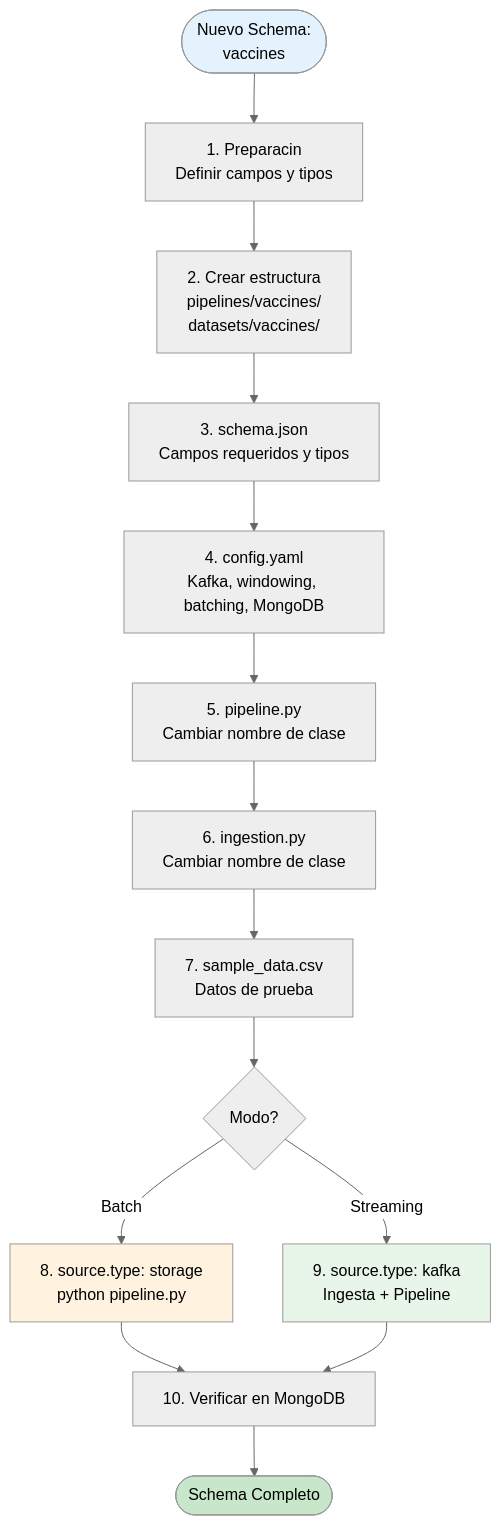
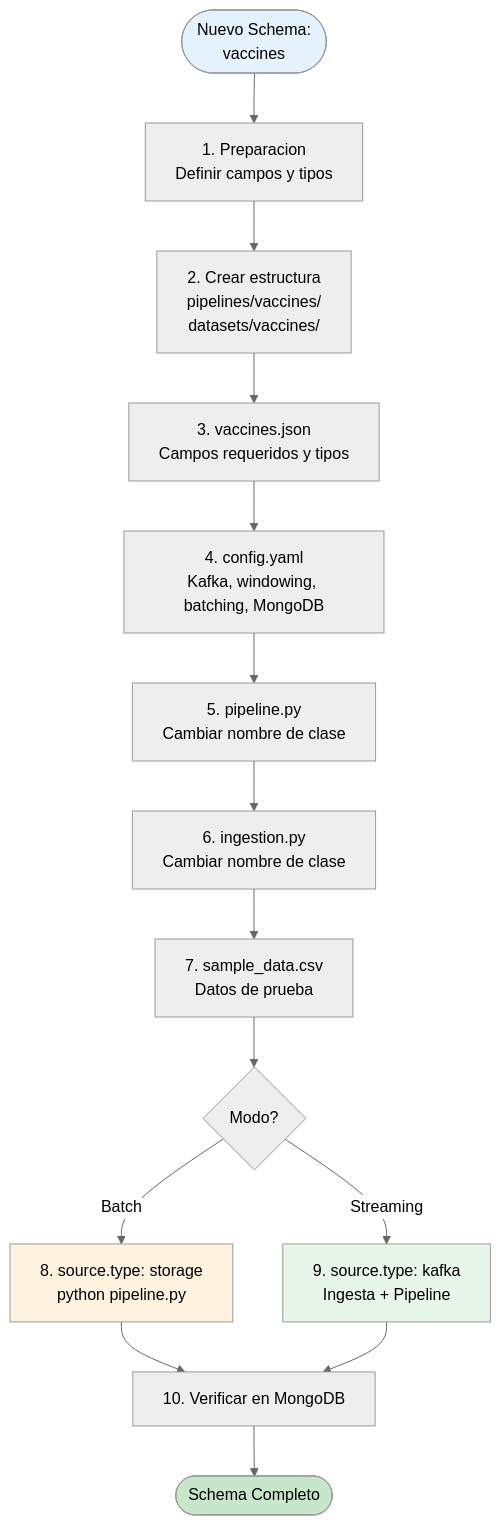
One commit to arthur8davis/tfm-dataflow-architecture changed the first of 4 diagrams in GUIA_NUEVO_SCHEMA.md. Above: the diagram before and after it, drawn with Mermaid (neutral theme). The commit also changed other lines of this file and 9 other files, not shown here.

````diff
--- a/GUIA_NUEVO_SCHEMA.md
+++ b/GUIA_NUEVO_SCHEMA.md
@@ -24,21 +24,21 @@
 ```mermaid
 flowchart TD
-    Start(["Nuevo Schema:\nvaccines"]) --> Step1["1. Preparacin\nDefinir campos y tipos"]
+    Start(["Nuevo Schema:\nvaccines"]) --> Step1["1. Preparacion\nDefinir campos y tipos"]
     Step1 --> Step2["2. Crear estructura\npipelines/vaccines/\ndatasets/vaccines/"]
-    Step2 --> Step3["3. schema.json\nCampos requeridos y tipos"]
+    Step2 --> Step3["3. vaccines.json\nCampos requeridos y tipos"]
     Step3 --> Step4["4. config.yaml\nKafka, windowing, batching, MongoDB"]
     Step4 --> Step5["5. pipeline.py\nCambiar nombre de clase"]
     Step5 --> Step6["6. ingestion.py\nCambiar nombre de clase"]
     Step6 --> Step7["7. sample_data.csv\nDatos de prueba"]
     Step7 --> Step8{"Modo?"}
     Step8 --> |"Batch"| Batch["8. source.type: storage\npython pipeline.py"]
     Step8 --> |"Streaming"| Stream["9. source.type: kafka\nIngesta + Pipeline"]
     Batch --> Step10["10. Verificar en MongoDB"]
     Stream --> Step10
     Step10 --> Done(["Schema Completo"])
 
     style Start fill:#e3f2fd
     style Done fill:#c8e6c9
     style Batch fill:#fff3e0
     style Stream fill:#e8f5e9
 ```
````
